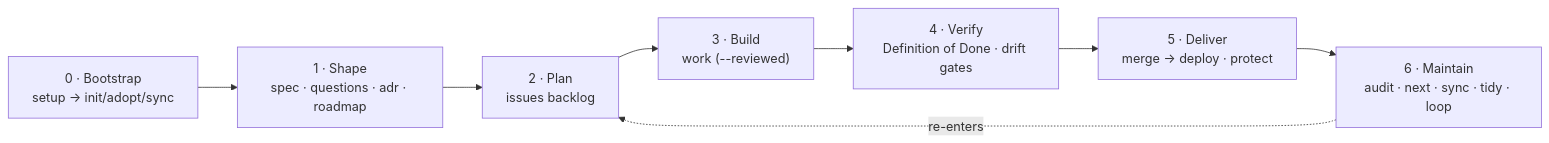
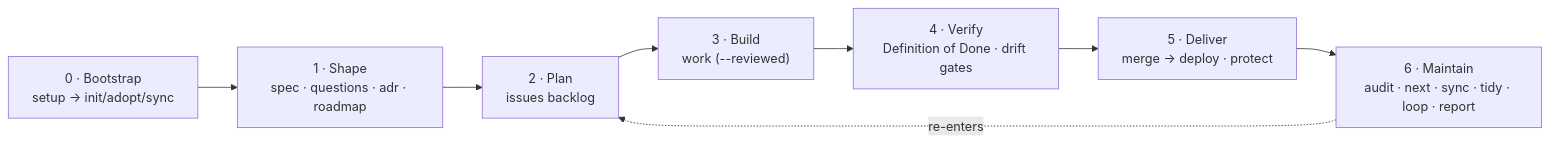
Before and after one commit to element22llc/e22-plugins: the diagram in docs/concepts/sdlc.md, drawn with Mermaid. The commit also changed other lines of this file and 30 other files, not shown here.

````diff
--- a/docs/concepts/sdlc.md
+++ b/docs/concepts/sdlc.md
@@ -16,10 +16,10 @@
 ```mermaid
 flowchart LR
     B["0 · Bootstrap<br/>setup → init/adopt/sync"] --> S["1 · Shape<br/>spec · questions · adr · roadmap"]
     S --> P["2 · Plan<br/>issues backlog"]
     P --> W["3 · Build<br/>work (--reviewed)"]
     W --> V["4 · Verify<br/>Definition of Done · drift gates"]
     V --> D["5 · Deliver<br/>merge → deploy · protect"]
-    D --> M["6 · Maintain<br/>audit · next · sync · tidy · loop"]
+    D --> M["6 · Maintain<br/>audit · next · sync · tidy · loop · report"]
     M -.re-enters.-> P
 ```
````
